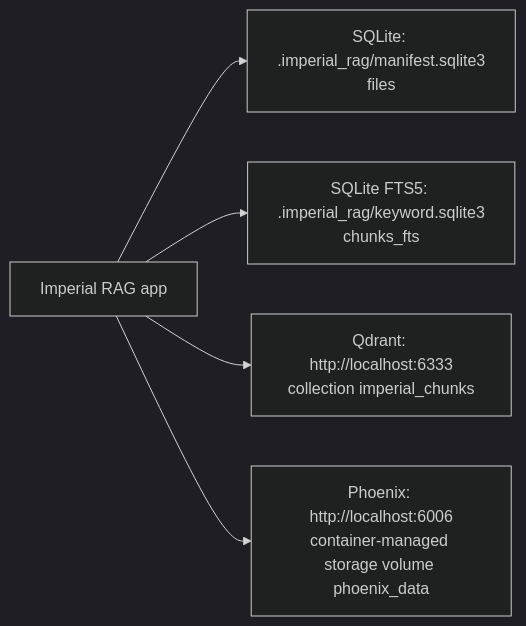
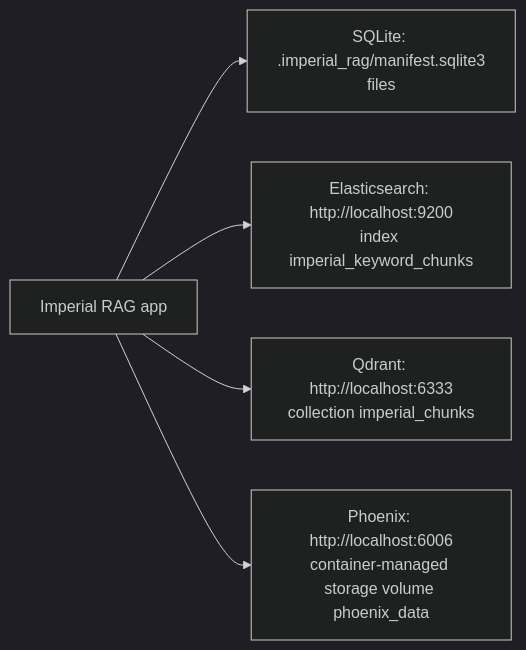
Before and after one commit to danil123zxc/imperial: the second of 2 diagrams in docs/database-schema-diagram.md, drawn with Mermaid (dark theme). The commit also changed other lines of this file and 3 other files, not shown here.

Commit message:
fix: honor elasticsearch keyword scores

````diff
--- a/docs/database-schema-diagram.md
+++ b/docs/database-schema-diagram.md
@@ -163,13 +116,13 @@
 ```mermaid
 flowchart LR
     app["Imperial RAG app"]
     manifest["SQLite: .imperial_rag/manifest.sqlite3<br/>files"]
-    keyword["SQLite FTS5: .imperial_rag/keyword.sqlite3<br/>chunks_fts"]
+    keyword["Elasticsearch: http://localhost:9200<br/>index imperial_keyword_chunks"]
     qdrant["Qdrant: http://localhost:6333<br/>collection imperial_chunks"]
     phoenix["Phoenix: http://localhost:6006<br/>container-managed storage volume phoenix_data"]
 
     app --> manifest
     app --> keyword
     app --> qdrant
     app --> phoenix
 ```
````
